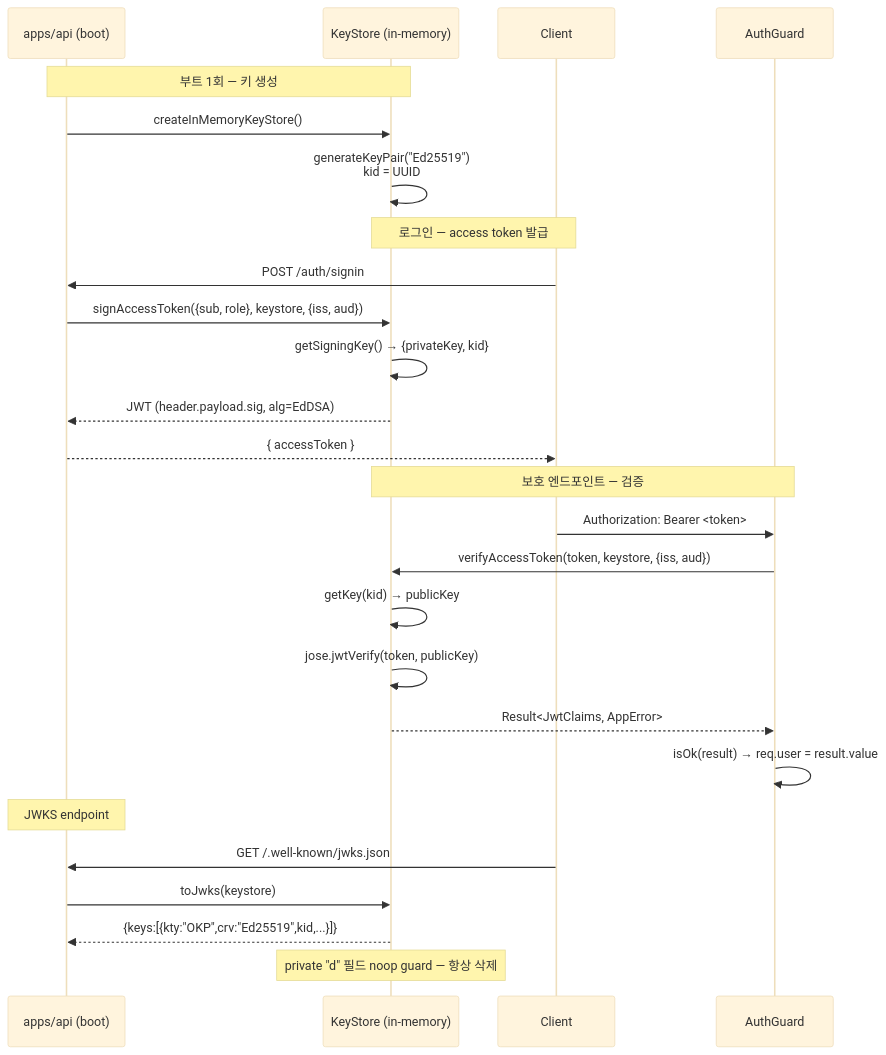
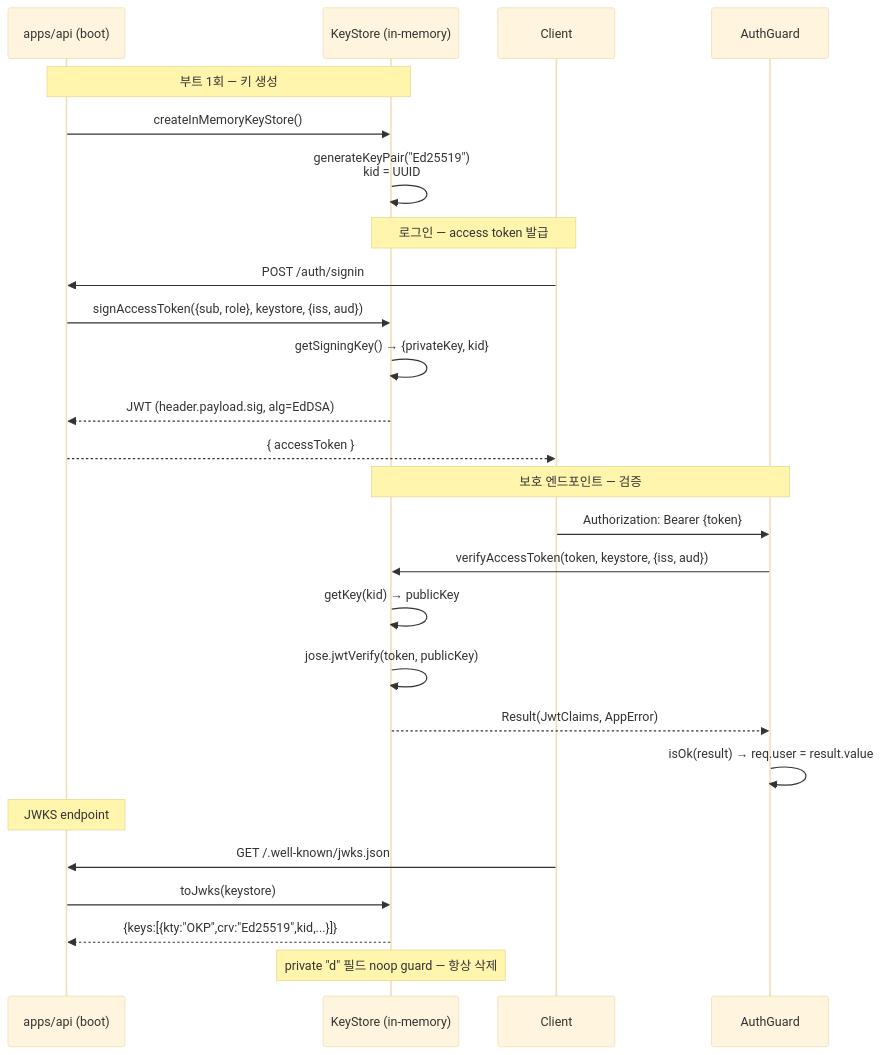
One commit to Changsik00/service-foundry changed the diagram in docs/explainers/auth/jwt-verify-edDSA.md. Above: the diagram before and after it, drawn with Mermaid (base theme). The commit also changed 13 other files, not shown here.

Commit message:
docs(phase-14): escape angle brackets + quote node labels in mermaid (github render)

````diff
--- a/docs/explainers/auth/jwt-verify-edDSA.md
+++ b/docs/explainers/auth/jwt-verify-edDSA.md
@@ -18,32 +18,32 @@
 ```mermaid
 sequenceDiagram
     participant A as apps/api (boot)
     participant KS as KeyStore (in-memory)
     participant C as Client
     participant G as AuthGuard
 
     Note over A,KS: 부트 1회 — 키 생성
     A->>KS: createInMemoryKeyStore()
     KS->>KS: generateKeyPair("Ed25519")<br/>kid = UUID
 
     Note over C,KS: 로그인 — access token 발급
     C->>A: POST /auth/signin
     A->>KS: signAccessToken({sub, role}, keystore, {iss, aud})
     KS->>KS: getSigningKey() → {privateKey, kid}
     KS-->>A: JWT (header.payload.sig, alg=EdDSA)
     A-->>C: { accessToken }
 
     Note over G,KS: 보호 엔드포인트 — 검증
-    C->>G: Authorization: Bearer <token>
+    C->>G: Authorization: Bearer {token}
     G->>KS: verifyAccessToken(token, keystore, {iss, aud})
     KS->>KS: getKey(kid) → publicKey
     KS->>KS: jose.jwtVerify(token, publicKey)
-    KS-->>G: Result<JwtClaims, AppError>
+    KS-->>G: Result(JwtClaims, AppError)
     G->>G: isOk(result) → req.user = result.value
 
     Note over A: JWKS endpoint
     C->>A: GET /.well-known/jwks.json
     A->>KS: toJwks(keystore)
     KS-->>A: {keys:[{kty:"OKP",crv:"Ed25519",kid,...}]}
     Note over KS: private "d" 필드 noop guard — 항상 삭제
 ```
````
